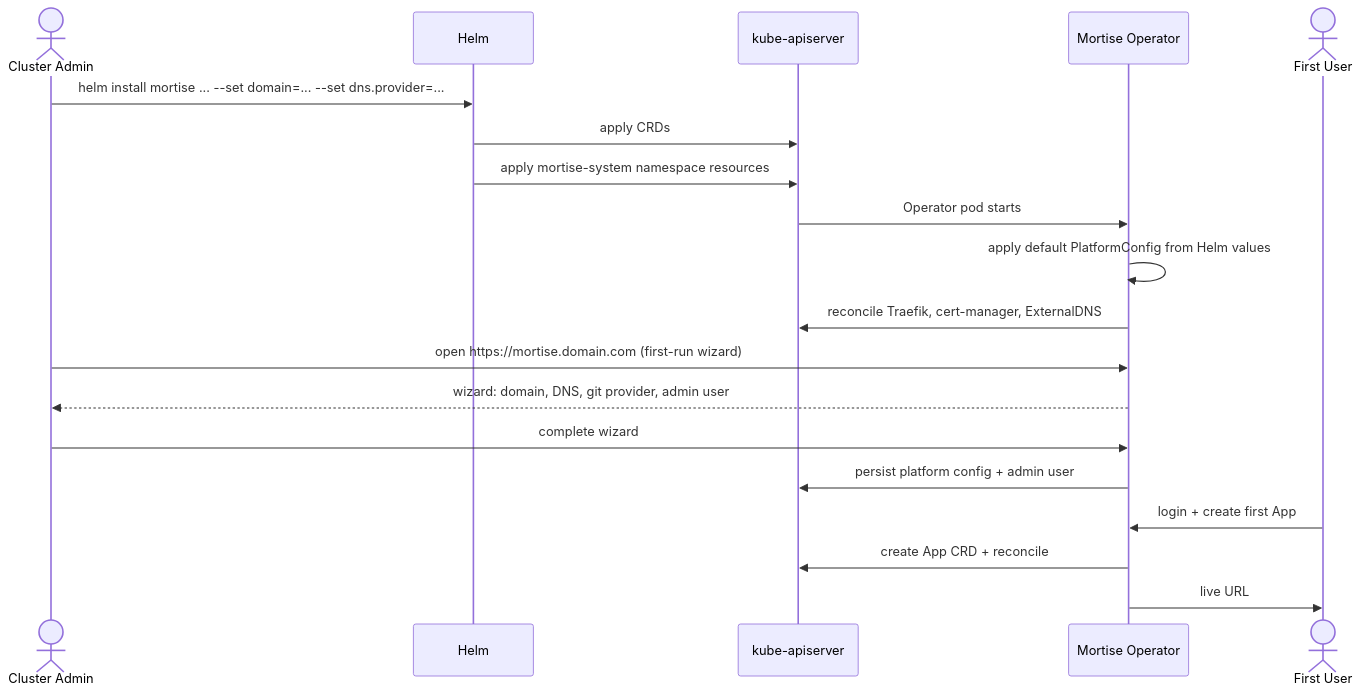
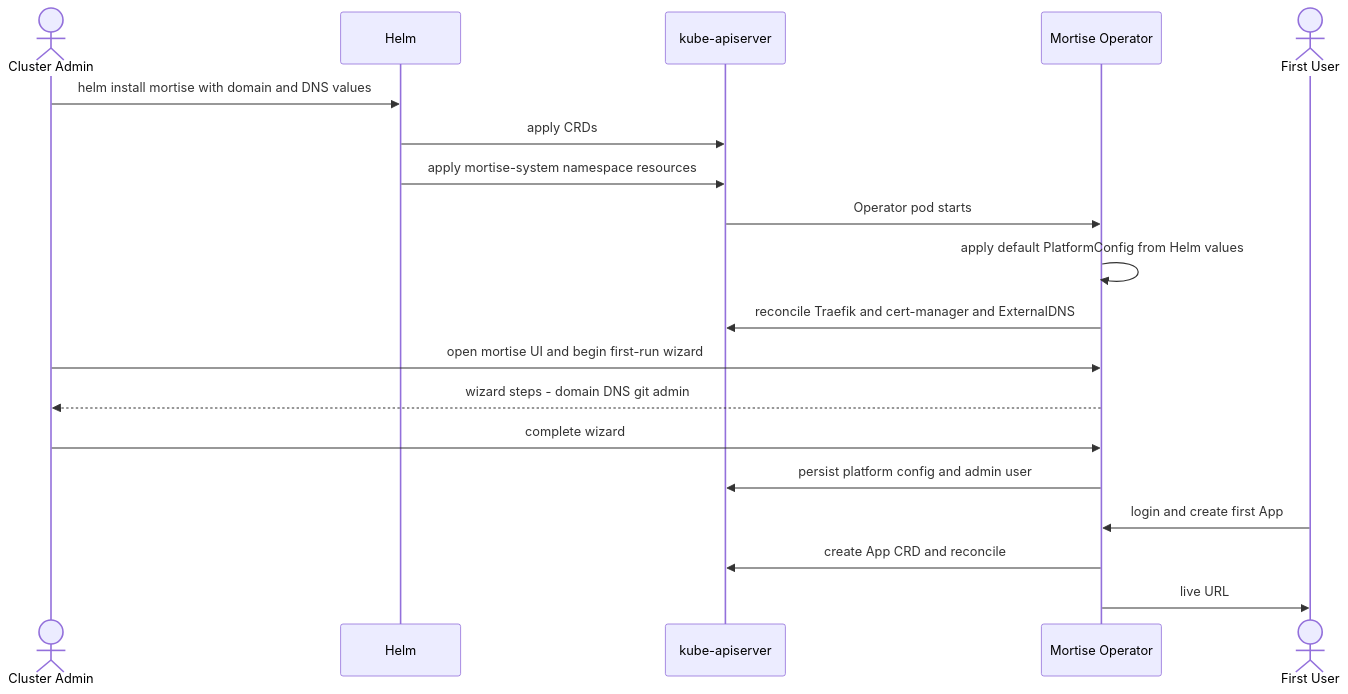
One commit to mortise-org/mortise changed the fifth of 5 diagrams in ARCHITECTURE.md. Above: the diagram before and after it, drawn with Mermaid. The commit also changed other lines of this file and 1 other file, not shown here.

````diff
--- a/ARCHITECTURE.md
+++ b/ARCHITECTURE.md
@@ -312,22 +322,22 @@
 ```mermaid
 sequenceDiagram
     actor Admin as Cluster Admin
     participant Helm as Helm
     participant K8s as kube-apiserver
     participant Op as Mortise Operator
     actor User as First User
 
-    Admin->>Helm: helm install mortise ... --set domain=... --set dns.provider=...
+    Admin->>Helm: helm install mortise with domain and DNS values
     Helm->>K8s: apply CRDs
     Helm->>K8s: apply mortise-system namespace resources
     K8s->>Op: Operator pod starts
     Op->>Op: apply default PlatformConfig from Helm values
-    Op->>K8s: reconcile Traefik, cert-manager, ExternalDNS
-    Admin->>Op: open https://mortise.domain.com (first-run wizard)
-    Op-->>Admin: wizard: domain, DNS, git provider, admin user
+    Op->>K8s: reconcile Traefik and cert-manager and ExternalDNS
+    Admin->>Op: open mortise UI and begin first-run wizard
+    Op-->>Admin: wizard steps - domain DNS git admin
     Admin->>Op: complete wizard
-    Op->>K8s: persist platform config + admin user
-    User->>Op: login + create first App
-    Op->>K8s: create App CRD + reconcile
+    Op->>K8s: persist platform config and admin user
+    User->>Op: login and create first App
+    Op->>K8s: create App CRD and reconcile
     Op->>User: live URL
 ```
````
